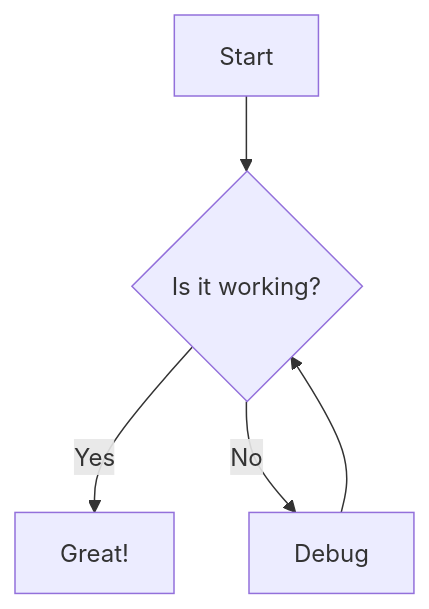
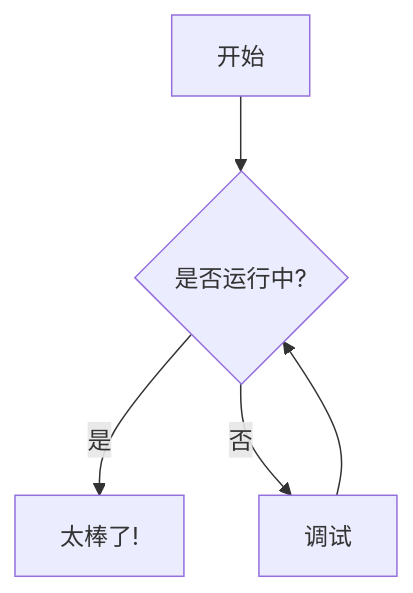
The first of 2 diagrams in src/content/rich-text-demo.md (xtawa/ReWeave), drawn with Mermaid before and after one commit. The commit also changed other lines of this file and 20 other files, not shown here.

```diff
--- a/src/content/rich-text-demo.md
+++ b/src/content/rich-text-demo.md
@@ -43,7 +43,7 @@
 <div class="mermaid">
 graph TD
-    A[Start] --> B{Is it working?}
-    B -- Yes --> C[Great!]
-    B -- No --> D[Debug]
+    A[开始] --> B{是否运行中?}
+    B -- 是 --> C[太棒了!]
+    B -- 否 --> D[调试]
     D --> B
 </div>
```
